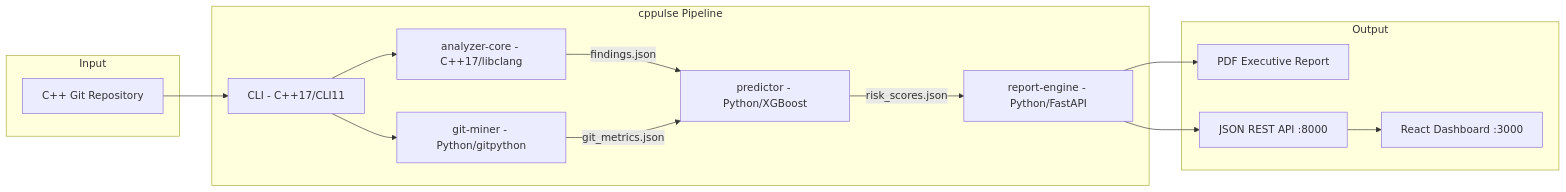
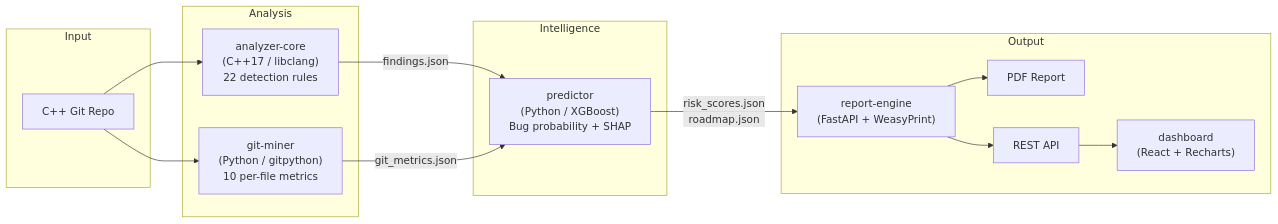
Before and after one commit to manju89jay/cppulse: the first of 2 diagrams in README.md, drawn with Mermaid. The commit also changed other lines of this file and 11 other files, not shown here.

First line of the commit message:
docs: rewrite README, architecture, PDF template, and fix SVGs

````diff
--- a/README.md
+++ b/README.md
@@ -53,27 +63,27 @@
 ```mermaid
-graph LR
+flowchart LR
     subgraph Input
-        REPO[C++ Git Repository]
+        R[C++ Git Repo]
     end
-    subgraph cppulse Pipeline
-        CLI[CLI - C++17/CLI11]
-        AC[analyzer-core - C++17/libclang]
-        GM[git-miner - Python/gitpython]
-        PR[predictor - Python/XGBoost]
-        RE[report-engine - Python/FastAPI]
+    subgraph Analysis
+        A["analyzer-core\n(C++17 / libclang)\n22 detection rules"]
+        G["git-miner\n(Python / gitpython)\n10 per-file metrics"]
+    end
+    subgraph Intelligence
+        P["predictor\n(Python / XGBoost)\nBug probability + SHAP"]
     end
     subgraph Output
-        PDF[PDF Executive Report]
-        API[JSON REST API :8000]
-        DASH[React Dashboard :3000]
+        RE["report-engine\n(FastAPI + WeasyPrint)"]
+        D["dashboard\n(React + Recharts)"]
+        PDF[PDF Report]
+        API[REST API]
     end
-    REPO --> CLI
-    CLI --> AC
-    CLI --> GM
-    AC -->|findings.json| PR
-    GM -->|git_metrics.json| PR
-    PR -->|risk_scores.json| RE
+    R --> A
+    R --> G
+    A -->|findings.json| P
+    G -->|git_metrics.json| P
+    P -->|risk_scores.json\nroadmap.json| RE
     RE --> PDF
     RE --> API
-    API --> DASH
+    API --> D
 ```
````
